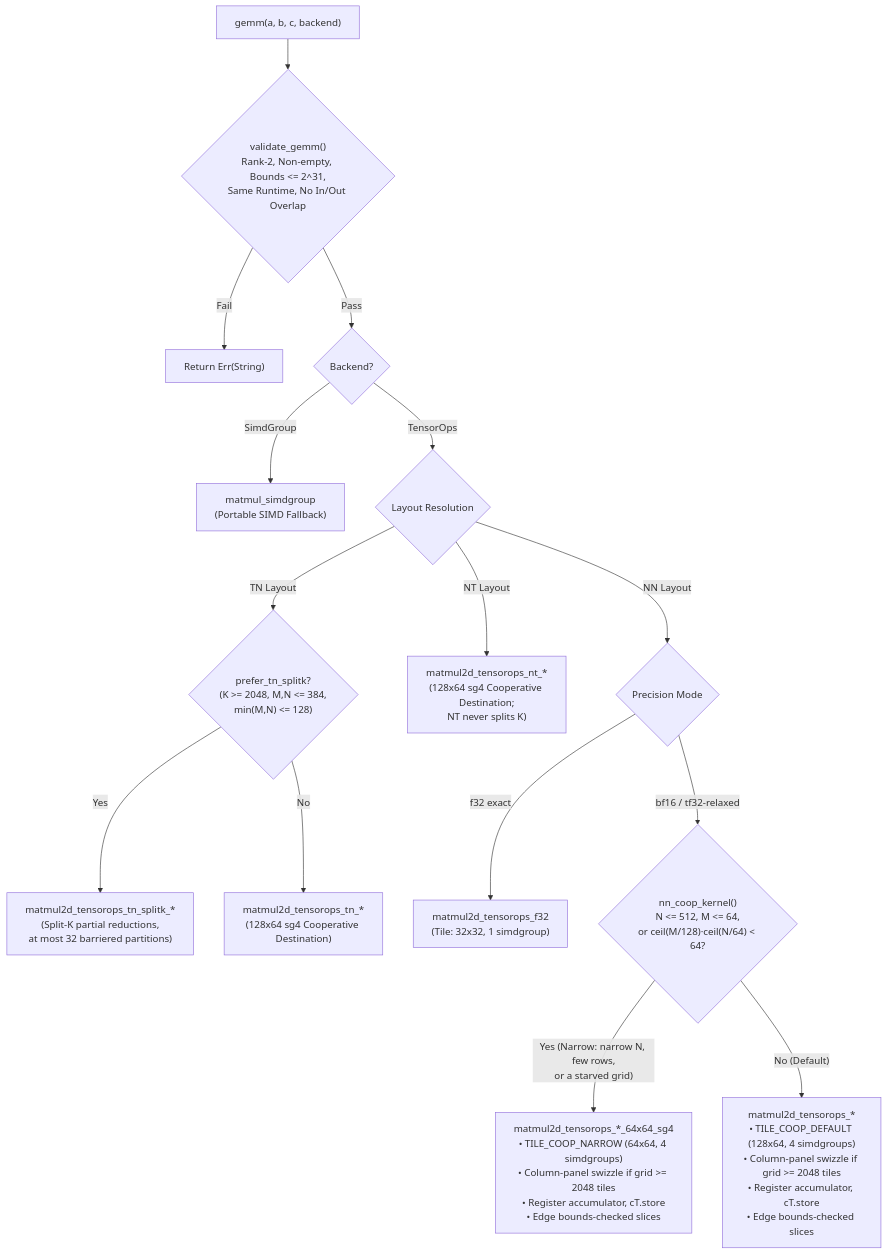
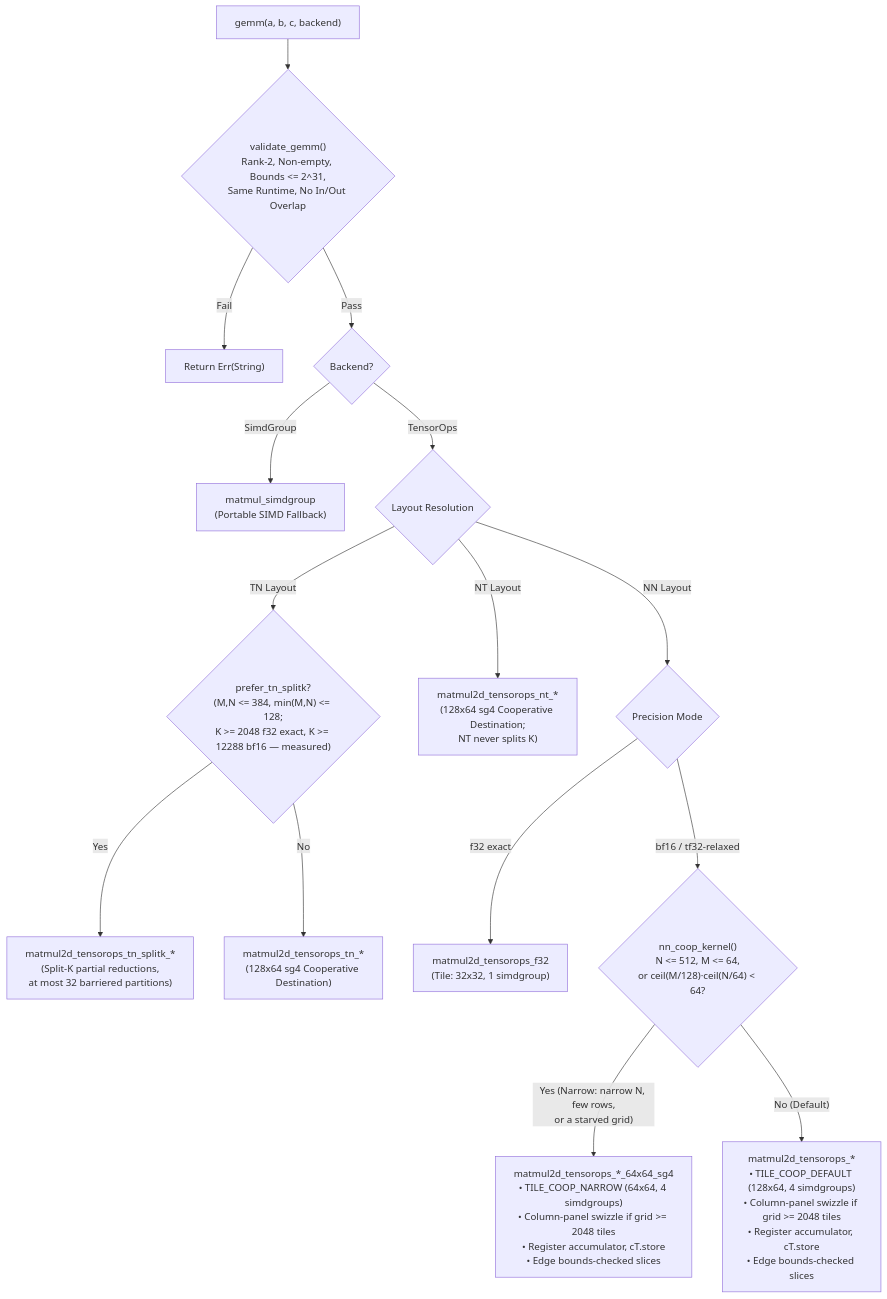
The third of 4 diagrams in Rust_MLKit/crates/tessl/README.md (bharathvbcr/MachineLearning), drawn with Mermaid before and after one commit. The commit also changed other lines of this file and 28 other files, not shown here.

````diff
--- a/Rust_MLKit/crates/tessl/README.md
+++ b/Rust_MLKit/crates/tessl/README.md
@@ -136,24 +136,24 @@
 ```mermaid
 flowchart TD
     Start["gemm(a, b, c, backend)"] --> Validate{"validate_gemm()<br/>Rank-2, Non-empty, Bounds &lt;= 2^31,<br/>Same Runtime, No In/Out Overlap"}
     Validate -- Fail --> Err["Return Err(String)"]
     Validate -- Pass --> BackendCheck{"Backend?"}
 
     BackendCheck -- SimdGroup --> SimdGroupKernel["matmul_simdgroup<br/>(Portable SIMD Fallback)"]
     BackendCheck -- TensorOps --> LayoutCheck{"Layout Resolution"}
 
-    LayoutCheck -- "TN Layout" --> SplitKCheck{"prefer_tn_splitk?<br/>(K &gt;= 2048, M,N &lt;= 384,<br/>min(M,N) &lt;= 128)"}
+    LayoutCheck -- "TN Layout" --> SplitKCheck{"prefer_tn_splitk?<br/>(M,N &lt;= 384, min(M,N) &lt;= 128;<br/>K &gt;= 2048 f32 exact, K &gt;= 12288 bf16 — measured)"}
     SplitKCheck -- Yes --> SplitKKernel["matmul2d_tensorops_tn_splitk_*<br/>(Split-K partial reductions,<br/>at most 32 barriered partitions)"]
     SplitKCheck -- No --> CoopTN["matmul2d_tensorops_tn_*<br/>(128x64 sg4 Cooperative Destination)"]
     LayoutCheck -- "NT Layout" --> CoopNT["matmul2d_tensorops_nt_*<br/>(128x64 sg4 Cooperative Destination;<br/>NT never splits K)"]
 
     LayoutCheck -- "NN Layout" --> PrecisionCheck{"Precision Mode"}
     
     PrecisionCheck -- "f32 exact" --> F32Exact["matmul2d_tensorops_f32<br/>(Tile: 32x32, 1 simdgroup)"]
     
     PrecisionCheck -- "bf16 / tf32-relaxed" --> NNTable{"nn_coop_kernel()<br/>N &lt;= 512, M &lt;= 64,<br/>or ceil(M/128)·ceil(N/64) &lt; 64?"}
     
     NNTable -- "Yes (Narrow: narrow N, few rows,<br/>or a starved grid)" --> NNNarrow["matmul2d_tensorops_*_64x64_sg4<br/>• TILE_COOP_NARROW (64x64, 4 simdgroups)<br/>• Column-panel swizzle if grid &gt;= 2048 tiles<br/>• Register accumulator, cT.store<br/>• Edge bounds-checked slices"]
     
     NNTable -- "No (Default)" --> NNDefault["matmul2d_tensorops_*<br/>• TILE_COOP_DEFAULT (128x64, 4 simdgroups)<br/>• Column-panel swizzle if grid &gt;= 2048 tiles<br/>• Register accumulator, cT.store<br/>• Edge bounds-checked slices"]
 ```
````
